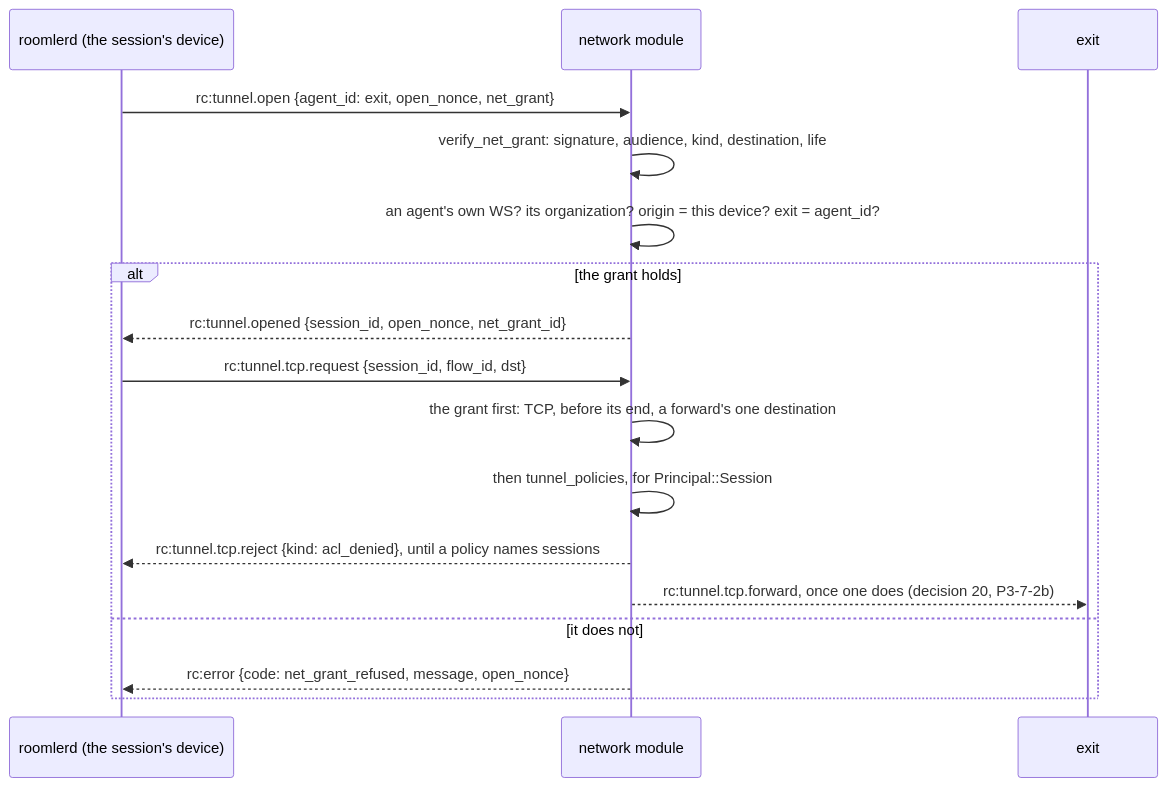
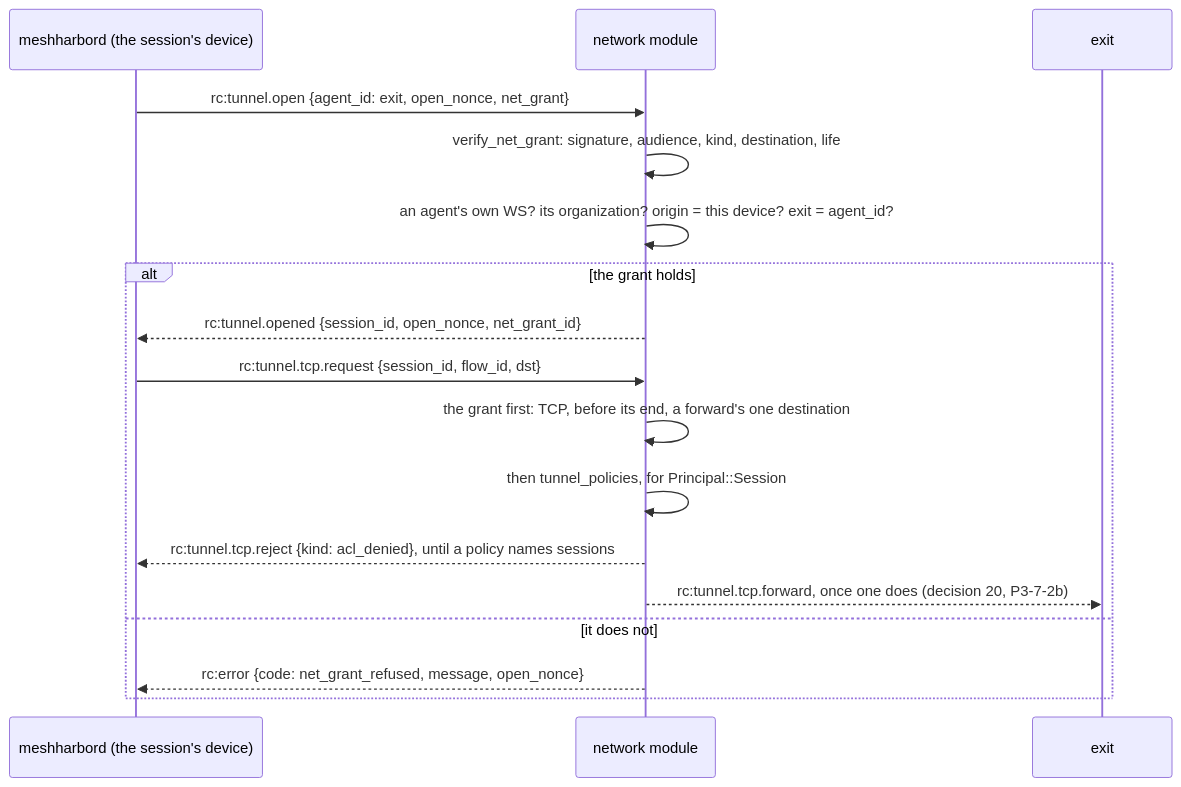
Diagram 11 of 14 in docs/tunnels.md (jk-zhang-meta/MeshHarbor), drawn with Mermaid before and after one commit. The commit also changed other lines of this file and 682 other files, not shown here.

````diff
--- a/docs/tunnels.md
+++ b/docs/tunnels.md
@@ -869,19 +869,19 @@
 ```mermaid
 sequenceDiagram
-    participant D as roomlerd (the session's device)
+    participant D as meshharbord (the session's device)
     participant S as network module
     participant E as exit
     D->>S: rc:tunnel.open {agent_id: exit, open_nonce, net_grant}
     S->>S: verify_net_grant: signature, audience, kind, destination, life
     S->>S: an agent's own WS? its organization? origin = this device? exit = agent_id?
     alt the grant holds
         S-->>D: rc:tunnel.opened {session_id, open_nonce, net_grant_id}
         D->>S: rc:tunnel.tcp.request {session_id, flow_id, dst}
         S->>S: the grant first: TCP, before its end, a forward's one destination
         S->>S: then tunnel_policies, for Principal::Session
         S-->>D: rc:tunnel.tcp.reject {kind: acl_denied}, until a policy names sessions
         S-->>E: rc:tunnel.tcp.forward, once one does (decision 20, P3-7-2b)
     else it does not
         S-->>D: rc:error {code: net_grant_refused, message, open_nonce}
     end
 ```
````
